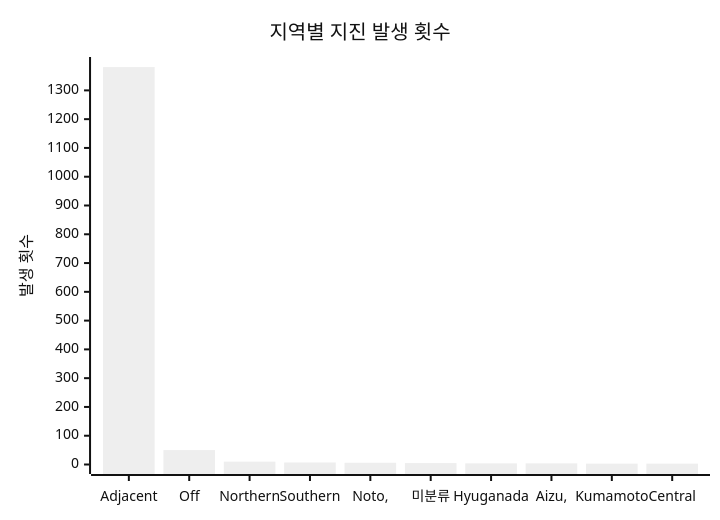
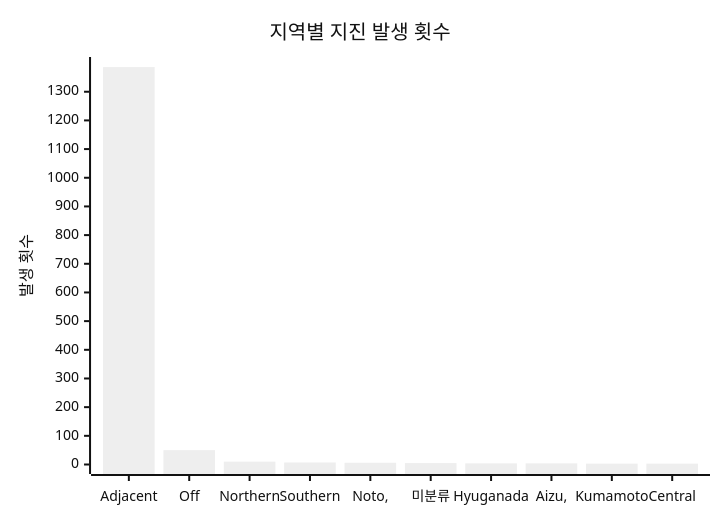
Before and after one commit to serendip811/japan-eq: the diagram in charts/region-chart.md, drawn with Mermaid (neutral theme). The commit also changed other lines of this file and 5 other files, not shown here.

Commit message:
Update earthquake data and charts Sun Jul  6 13:10:27 UTC 2025

````diff
--- a/charts/region-chart.md
+++ b/charts/region-chart.md
@@ -3,7 +3,7 @@
 ```mermaid
 xychart-beta
     title "지역별 지진 발생 횟수"
     x-axis ["Adjacent", "Off", "Northern", "Southern", "Noto,", "미분류", "Hyuganada", "Aizu,", "Kumamoto", "Central"]
-    y-axis "발생 횟수" 0 --> 1383
-    bar [1381, 50, 10, 7, 6, 5, 4, 4, 3, 3]
+    y-axis "발생 횟수" 0 --> 1388
+    bar [1386, 50, 10, 7, 6, 5, 4, 4, 3, 3]
 ```
````
